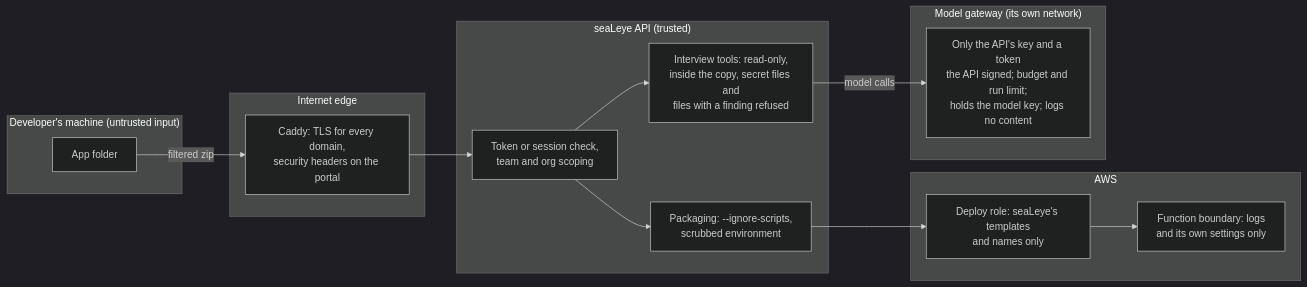
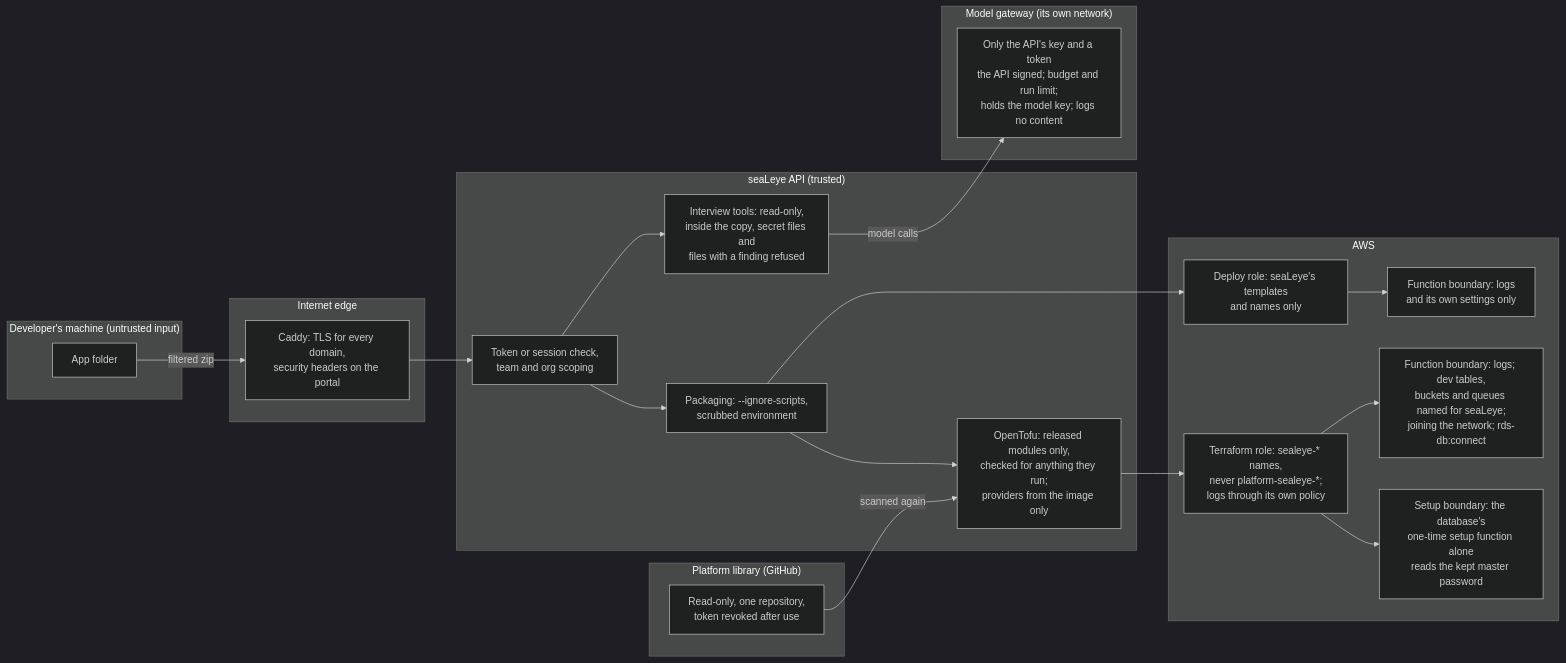
Diagram 14 of 14 in docs/ARCHITECTURE.md (GregKliewer/sealeye), drawn with Mermaid (dark theme) before and after one commit.

Commit message:
Architecture: the security picture shows the Terraform role and its boundaries
The diagram had only the deploy role, while its table already described the
Terraform role. It now shows the OpenTofu step, the read-only library, the Terraform
role, the function boundary it attaches, and the setup boundary that alone reads a
database's kept master password.

Claude-Session: https://claude.ai/code/session_018qpsyTNJy8k7BBRxTih5A5

````diff
--- a/docs/ARCHITECTURE.md
+++ b/docs/ARCHITECTURE.md
@@ -767,24 +767,34 @@
 ```mermaid
 flowchart LR
   subgraph dev["Developer's machine (untrusted input)"]
     files["App folder"]
   end
   subgraph edge["Internet edge"]
     caddy["Caddy: TLS for every domain,<br/>security headers on the portal"]
   end
   subgraph core["seaLeye API (trusted)"]
     auth["Token or session check,<br/>team and org scoping"]
     sandbox["Interview tools: read-only,<br/>inside the copy, secret files and<br/>files with a finding refused"]
     pkg["Packaging: --ignore-scripts,<br/>scrubbed environment"]
+    tofu["OpenTofu: released modules only,<br/>checked for anything they run;<br/>providers from the image only"]
+  end
+  subgraph libside["Platform library (GitHub)"]
+    lib["Read-only, one repository,<br/>token revoked after use"]
   end
   subgraph cloud["AWS"]
     role["Deploy role: seaLeye's templates<br/>and names only"]
     boundary["Function boundary: logs<br/>and its own settings only"]
+    tfrole["Terraform role: sealeye-* names,<br/>never platform-sealeye-*;<br/>logs through its own policy"]
+    tfboundary["Function boundary: logs; dev tables,<br/>buckets and queues named for seaLeye;<br/>joining the network; rds-db:connect"]
+    setup["Setup boundary: the database's<br/>one-time setup function alone<br/>reads the kept master password"]
   end
   subgraph modelside["Model gateway (its own network)"]
     gw["Only the API's key and a token<br/>the API signed; budget and run limit;<br/>holds the model key; logs no content"]
   end
   files -- "filtered zip" --> caddy --> auth --> sandbox
   auth --> pkg --> role --> boundary
+  pkg --> tofu --> tfrole --> tfboundary
+  tfrole --> setup
+  lib -- "scanned again" --> tofu
   sandbox -- "model calls" --> gw
 ```
````
